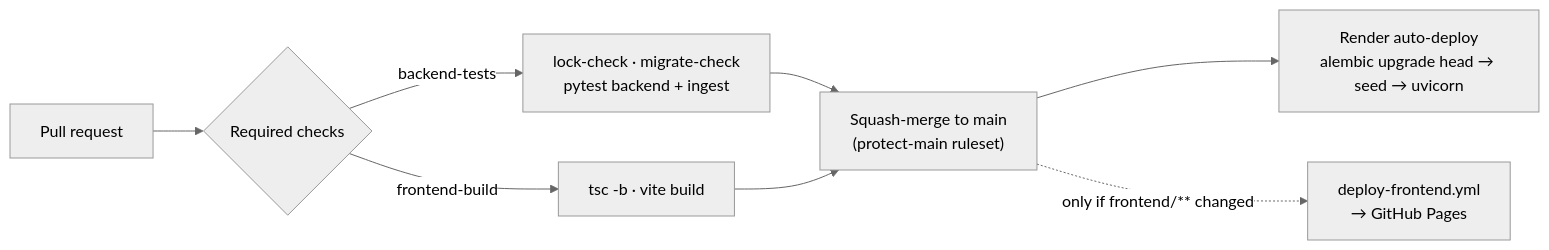
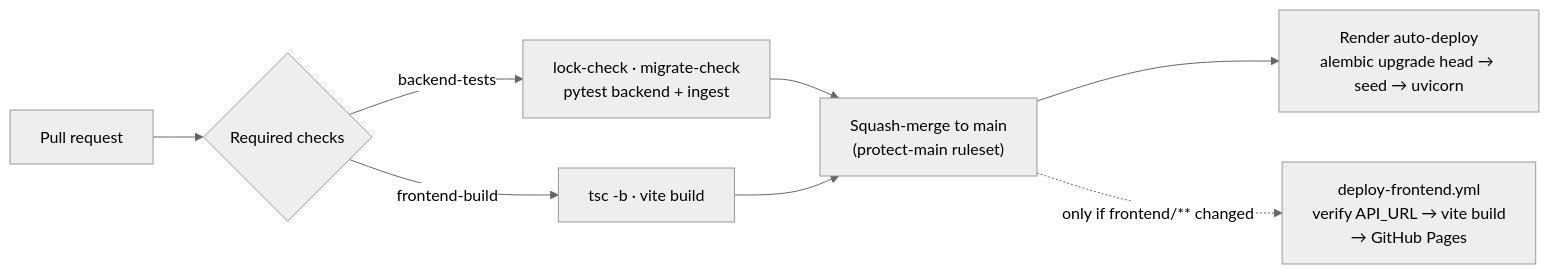
The fifth of 6 diagrams in docs/architecture.md (llevintza/energlens), drawn with Mermaid (neutral theme) before and after one commit. The commit also changed other lines of this file and 7 other files, not shown here.

First line of the commit message:
Verify API_URL points at a live Energlens API before building (#34)

````diff
--- a/docs/architecture.md
+++ b/docs/architecture.md
@@ -179,9 +179,9 @@
 ```mermaid
 flowchart LR
     PR["Pull request"] --> CI{"Required checks"}
     CI -->|backend-tests| T1["lock-check · migrate-check<br/>pytest backend + ingest"]
     CI -->|frontend-build| T2["tsc -b · vite build"]
     T1 & T2 --> M["Squash-merge to main<br/>(protect-main ruleset)"]
     M --> D1["Render auto-deploy<br/>alembic upgrade head → seed → uvicorn"]
-    M -.->|"only if frontend/** changed"| D2["deploy-frontend.yml<br/>→ GitHub Pages"]
+    M -.->|"only if frontend/** changed"| D2["deploy-frontend.yml<br/>verify API_URL → vite build<br/>→ GitHub Pages"]
 ```
````
